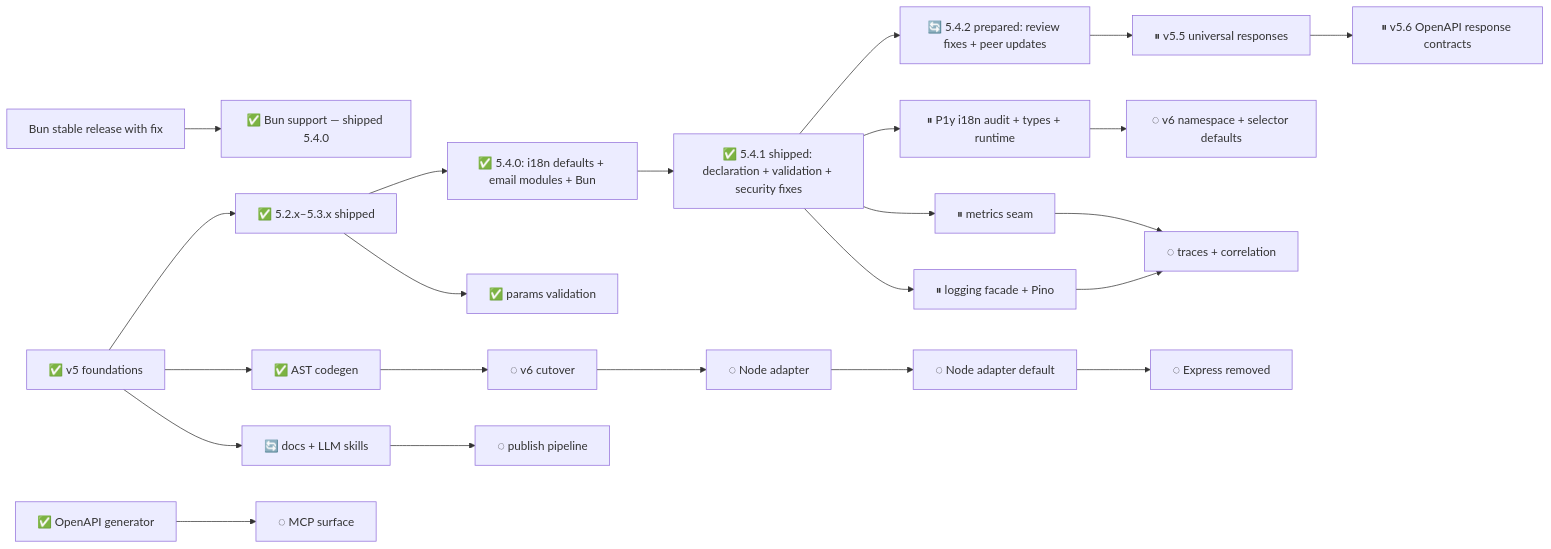
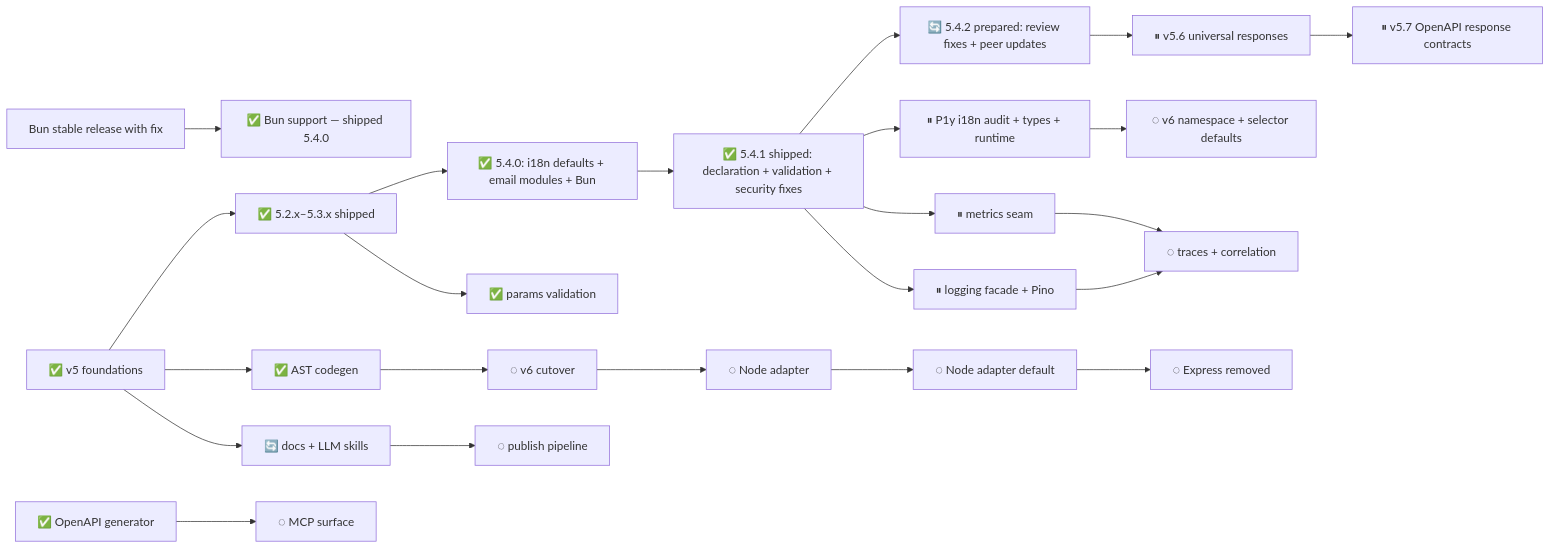
The diagram in .plans/refactor/README.md (adaptivestone/framework), drawn with Mermaid before and after one commit. The commit also changed other lines of this file and 14 other files, not shown here.

````diff
--- a/.plans/refactor/README.md
+++ b/.plans/refactor/README.md
@@ -44,32 +44,32 @@
 ```mermaid
 flowchart LR
     Foundation["✅ v5 foundations"] --> Patch["✅ 5.2.x–5.3.x shipped"]
     Patch --> Released["✅ 5.4.0: i18n defaults + email modules + Bun"]
     Released --> Unreleased["✅ 5.4.1 shipped: declaration + validation + security fixes"]
 
     Unreleased --> Patch542["🔄 5.4.2 prepared: review fixes + peer updates"]
-    Patch542 --> Responses["⏸ v5.5 universal responses"]
-    Responses --> OpenAPI["⏸ v5.6 OpenAPI response contracts"]
+    Patch542 --> Responses["⏸ v5.6 universal responses"]
+    Responses --> OpenAPI["⏸ v5.7 OpenAPI response contracts"]
 
     BunRelease["Bun stable release with fix"] --> BunSupport["✅ Bun support — shipped 5.4.0"]
 
     Unreleased --> I18nV5["⏸ P1y i18n audit + types + runtime"]
     I18nV5 --> I18nV6["◌ v6 namespace + selector defaults"]
 
     Foundation --> Codegen["✅ AST codegen"]
     Codegen --> V6["◌ v6 cutover"]
     V6 --> NodeAdapter["◌ Node adapter"]
     NodeAdapter --> DefaultNode["◌ Node adapter default"]
     DefaultNode --> DropExpress["◌ Express removed"]
 
     Foundation --> Docs["🔄 docs + LLM skills"]
     Docs --> Publish["◌ publish pipeline"]
 
     Patch --> Params["✅ params validation"]
     Unreleased --> Metrics["⏸ metrics seam"]
     Unreleased --> Logging["⏸ logging facade + Pino"]
     Logging --> Observability["◌ traces + correlation"]
     Metrics --> Observability
 
     OpenAPIGen["✅ OpenAPI generator"] --> MCP["◌ MCP surface"]
 ```
````
